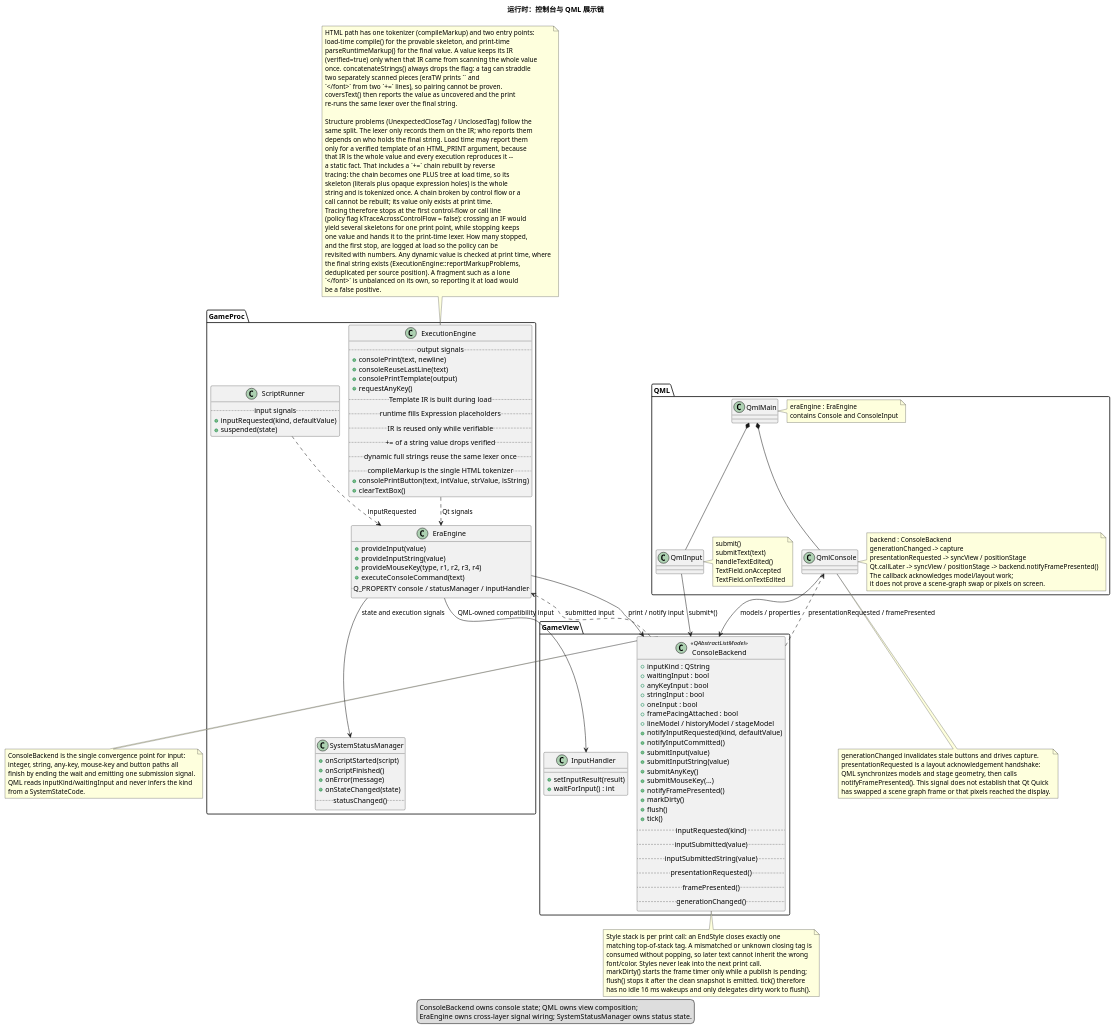
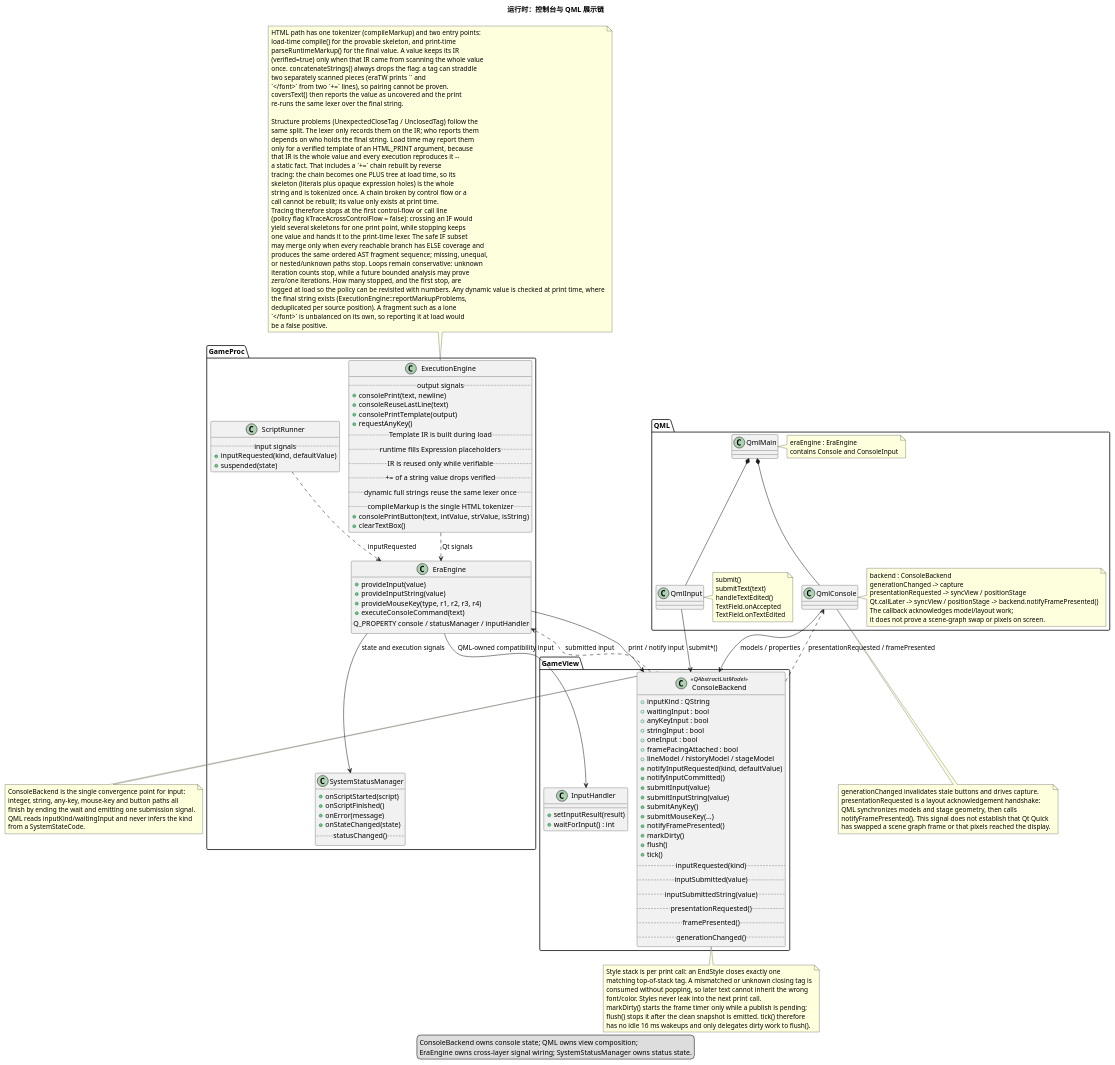
One commit to yigekuyou/qt-eraemu changed the diagram in docs/uml/04-runtime-console-qml.puml. Above: the diagram before and after it, drawn with PlantUML. The commit also changed 1 other file, not shown here.

```diff
--- a/docs/uml/04-runtime-console-qml.puml
+++ b/docs/uml/04-runtime-console-qml.puml
@@ -1,186 +1,190 @@
 @startuml 04-runtime-console-qml
 !pragma layout smetana
 ' 运行时责任 3/4：输出、输入桥接与 QML 呈现
 ' 来源：eraengine.cpp, GameProc/execution_engine.h, GameView/console_backend.h,
 '       GameView/system_status_manager.h, GameView/input_handler.h, qml/Console.qml,
 '       qml/ConsoleInput.qml
 
 title 运行时：控制台与 QML 展示链
 
 package "GameProc" {
   class ExecutionEngine {
     .. output signals ..
     + consolePrint(text, newline)
     + consoleReuseLastLine(text)
     + consolePrintTemplate(output)
     + requestAnyKey()
     .. Template IR is built during load ..
     .. runtime fills Expression placeholders ..
     .. IR is reused only while verifiable ..
     .. += of a string value drops verified ..
     .. dynamic full strings reuse the same lexer once ..
     .. compileMarkup is the single HTML tokenizer ..
     + consolePrintButton(text, intValue, strValue, isString)
     + clearTextBox()
   }
 
   class ScriptRunner {
     .. input signals ..
     + inputRequested(kind, defaultValue)
     + suspended(state)
   }
 
   class EraEngine {
     + provideInput(value)
     + provideInputString(value)
     + provideMouseKey(type, r1, r2, r3, r4)
     + executeConsoleCommand(text)
     .. Q_PROPERTY console / statusManager / inputHandler ..
   }
 
   class SystemStatusManager {
     + onScriptStarted(script)
     + onScriptFinished()
     + onError(message)
     + onStateChanged(state)
     .. statusChanged() ..
   }
 }
 
 package "GameView" {
   class ConsoleBackend <<QAbstractListModel>> {
     + inputKind : QString
     + waitingInput : bool
     + anyKeyInput : bool
     + stringInput : bool
     + oneInput : bool
     + framePacingAttached : bool
     + lineModel / historyModel / stageModel
     + notifyInputRequested(kind, defaultValue)
     + notifyInputCommitted()
     + submitInput(value)
     + submitInputString(value)
     + submitAnyKey()
     + submitMouseKey(...)
     + notifyFramePresented()
     + markDirty()
     + flush()
     + tick()
     .. inputRequested(kind) ..
     .. inputSubmitted(value) ..
     .. inputSubmittedString(value) ..
     .. presentationRequested() ..
     .. framePresented() ..
     .. generationChanged() ..
   }
 
   class InputHandler {
     + setInputResult(result)
     + waitForInput() : int
   }
 }
 
 package "QML" {
   class QmlConsole
   class QmlInput
   class QmlMain
 
   note right of QmlConsole
     backend : ConsoleBackend
     generationChanged -> capture
     presentationRequested -> syncView / positionStage
     Qt.callLater -> syncView / positionStage -> backend.notifyFramePresented()
     The callback acknowledges model/layout work;
     it does not prove a scene-graph swap or pixels on screen.
   end note
 
   note right of QmlInput
     submit()
     submitText(text)
     handleTextEdited()
     TextField.onAccepted
     TextField.onTextEdited
   end note
 
   note right of QmlMain
     eraEngine : EraEngine
     contains Console and ConsoleInput
   end note
 }
 
 ExecutionEngine ..> EraEngine : Qt signals
 ScriptRunner ..> EraEngine : inputRequested
 EraEngine --> ConsoleBackend : print / notify input
 ConsoleBackend ..> EraEngine : submitted input
 EraEngine --> SystemStatusManager : state and execution signals
 EraEngine --> InputHandler : QML-owned compatibility input
 QmlMain *-- QmlConsole
 QmlMain *-- QmlInput
 QmlConsole --> ConsoleBackend : models / properties
 QmlInput --> ConsoleBackend : submit*()
 ConsoleBackend ..> QmlConsole : presentationRequested / framePresented
 
 note right of ConsoleBackend
   ConsoleBackend is the single convergence point for input:
   integer, string, any-key, mouse-key and button paths all
   finish by ending the wait and emitting one submission signal.
   QML reads inputKind/waitingInput and never infers the kind
   from a SystemStateCode.
 end note
 
 note top of ExecutionEngine
   HTML path has one tokenizer (compileMarkup) and two entry points:
   load-time compile() for the provable skeleton, and print-time
   parseRuntimeMarkup() for the final value. A value keeps its IR
   (verified=true) only when that IR came from scanning the whole value
   once. concatenateStrings() always drops the flag: a tag can straddle
   two separately scanned pieces (eraTW prints `<font ...>` and
   `</font>` from two `+=` lines), so pairing cannot be proven.
   coversText() then reports the value as uncovered and the print
   re-runs the same lexer over the final string.
 
   Structure problems (UnexpectedCloseTag / UnclosedTag) follow the
   same split. The lexer only records them on the IR; who reports them
   depends on who holds the final string. Load time may report them
   only for a verified template of an HTML_PRINT argument, because
   that IR is the whole value and every execution reproduces it --
   a static fact. That includes a `+=` chain rebuilt by reverse
   tracing: the chain becomes one PLUS tree at load time, so its
   skeleton (literals plus opaque expression holes) is the whole
   string and is tokenized once. A chain broken by control flow or a
   call cannot be rebuilt; its value only exists at print time.
   Tracing therefore stops at the first control-flow or call line
   (policy flag kTraceAcrossControlFlow = false): crossing an IF would
   yield several skeletons for one print point, while stopping keeps
-  one value and hands it to the print-time lexer. How many stopped,
-  and the first stop, are logged at load so the policy can be
-  revisited with numbers. Any dynamic value is checked at print time, where
+  one value and hands it to the print-time lexer. The safe IF subset
+  may merge only when every reachable branch has ELSE coverage and
+  produces the same ordered AST fragment sequence; missing, unequal,
+  or nested/unknown paths stop. Loops remain conservative: unknown
+  iteration counts stop, while a future bounded analysis may prove
+  zero/one iterations. How many stopped, and the first stop, are
+  logged at load so the policy can be revisited with numbers. Any dynamic value is checked at print time, where
   the final string exists (ExecutionEngine::reportMarkupProblems,
   deduplicated per source position). A fragment such as a lone
   `</font>` is unbalanced on its own, so reporting it at load would
   be a false positive.
 end note
 
 note bottom of QmlConsole
   generationChanged invalidates stale buttons and drives capture.
   presentationRequested is a layout acknowledgement handshake:
   QML synchronizes models and stage geometry, then calls
   notifyFramePresented(). This signal does not establish that Qt Quick
   has swapped a scene graph frame or that pixels reached the display.
 end note
 
 note bottom of ConsoleBackend
   Style stack is per print call: an EndStyle closes exactly one
   matching top-of-stack tag. A mismatched or unknown closing tag is
   consumed without popping, so later text cannot inherit the wrong
   font/color. Styles never leak into the next print call.
   markDirty() starts the frame timer only while a publish is pending;
   flush() stops it after the clean snapshot is emitted. tick() therefore
   has no idle 16 ms wakeups and only delegates dirty work to flush().
 end note
 
 legend bottom
   ConsoleBackend owns console state; QML owns view composition;
   EraEngine owns cross-layer signal wiring; SystemStatusManager owns status state.
 endlegend
 @enduml
```
